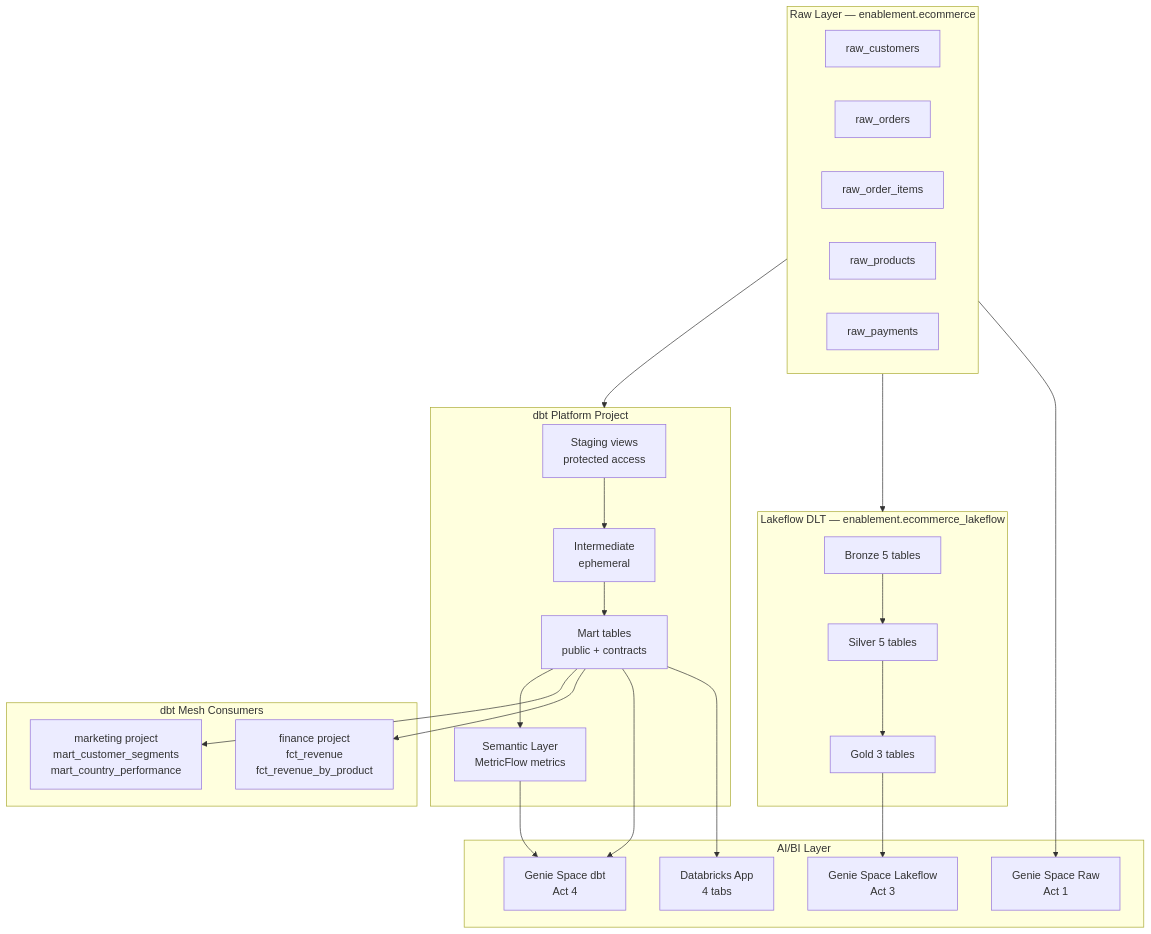
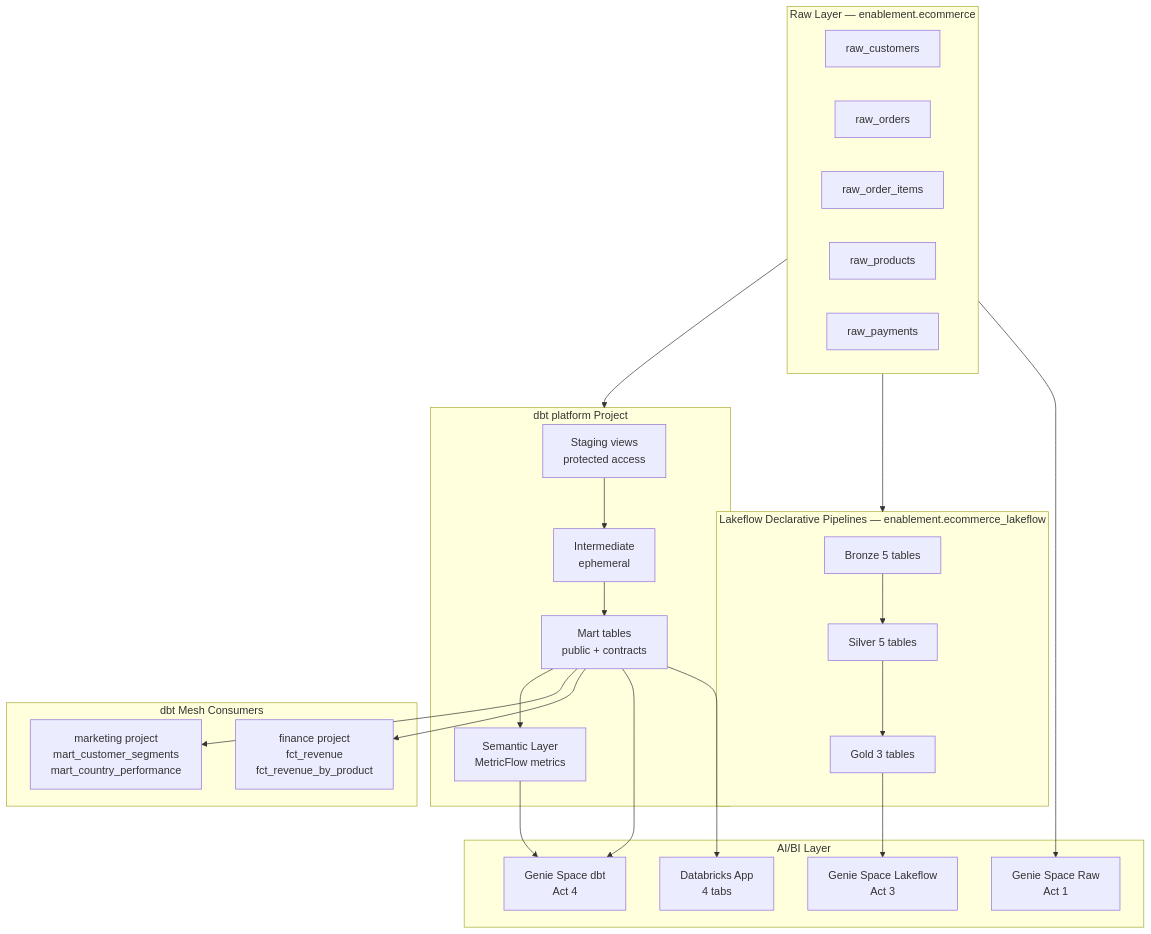
The diagram in docs/architecture.md (hicham-bab/dbt-dbx-field-enablement), drawn with Mermaid before and after one commit. The commit also changed other lines of this file and 23 other files, not shown here.

First line of the commit message:
Refresh dbt + Databricks enablement for mid-2026

````diff
--- a/docs/architecture.md
+++ b/docs/architecture.md
@@ -80,48 +80,48 @@
 ```mermaid
 flowchart TD
     subgraph Raw["Raw Layer — enablement.ecommerce"]
         R1[raw_customers]
         R2[raw_orders]
         R3[raw_order_items]
         R4[raw_products]
         R5[raw_payments]
     end
 
-    subgraph Lakeflow["Lakeflow DLT — enablement.ecommerce_lakeflow"]
+    subgraph Lakeflow["Lakeflow Declarative Pipelines — enablement.ecommerce_lakeflow"]
         B[Bronze 5 tables]
         S[Silver 5 tables]
         G[Gold 3 tables]
         B --> S --> G
     end
 
-    subgraph Platform["dbt Platform Project"]
+    subgraph Platform["dbt platform Project"]
         STG[Staging views\nprotected access]
         INT[Intermediate\nephemeral]
         MARTS[Mart tables\npublic + contracts]
         SEM[Semantic Layer\nMetricFlow metrics]
         STG --> INT --> MARTS
         MARTS --> SEM
     end
 
     subgraph Mesh["dbt Mesh Consumers"]
         MKT[marketing project\nmart_customer_segments\nmart_country_performance]
         FIN[finance project\nfct_revenue\nfct_revenue_by_product]
     end
 
     subgraph AI["AI/BI Layer"]
         G1[Genie Space Raw\nAct 1]
         G2[Genie Space Lakeflow\nAct 3]
         G3[Genie Space dbt\nAct 4]
         APP[Databricks App\n4 tabs]
     end
 
     Raw --> Platform
     Raw --> Lakeflow
     MARTS --> MKT
     MARTS --> FIN
     Raw --> G1
     G --> G2
     MARTS --> G3
     SEM --> G3
     MARTS --> APP
 ```
````
